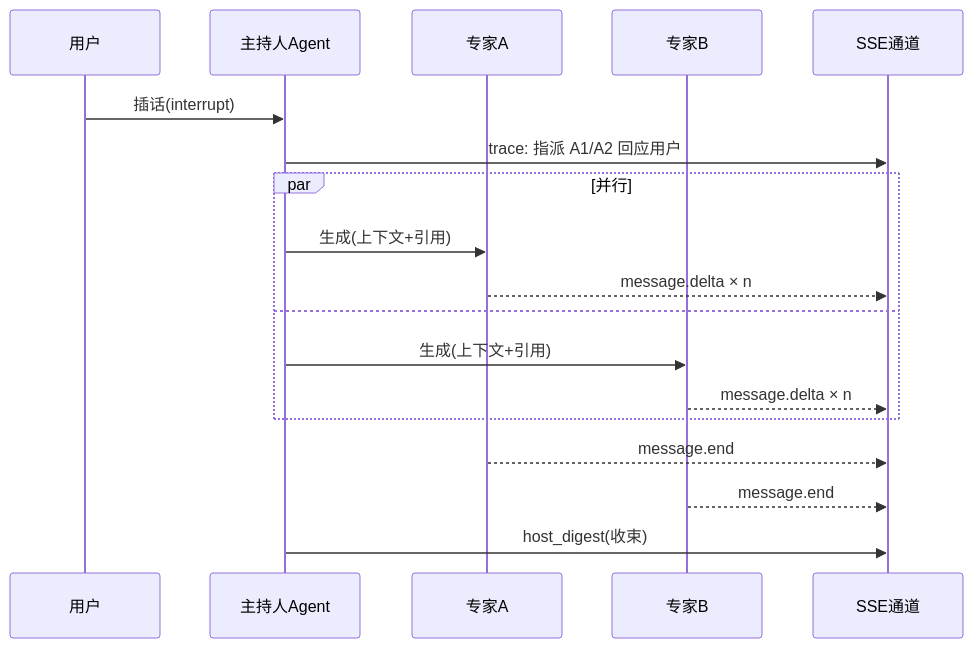
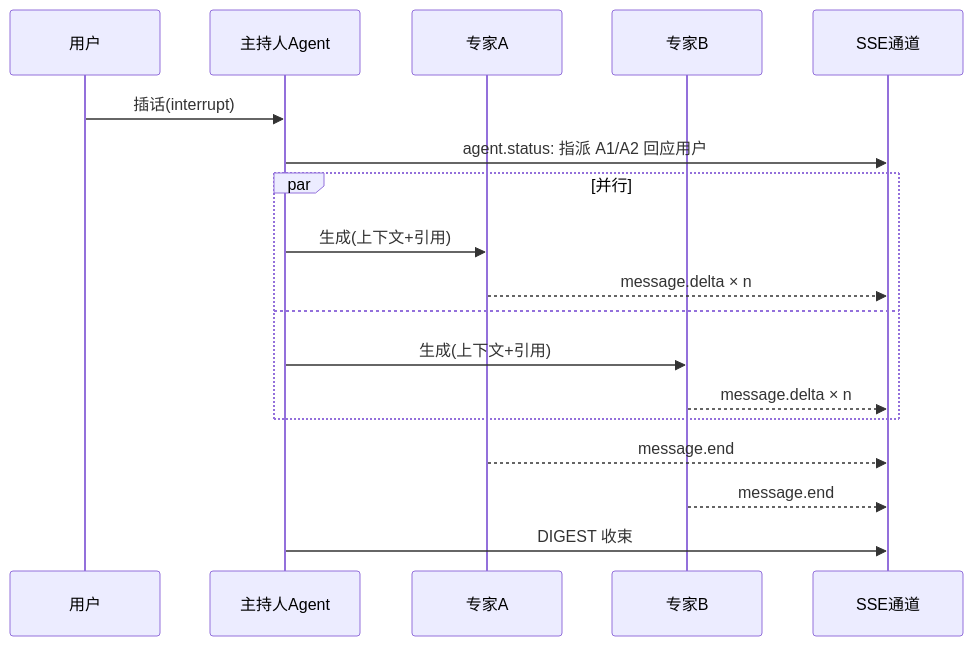
Before and after one commit to zueszyz/ai-panel-studio: the second of 2 diagrams in docs/PRD.md, drawn with Mermaid. The commit also changed other lines of this file and 4 other files, not shown here.

````diff
--- a/docs/PRD.md
+++ b/docs/PRD.md
@@ -344,20 +346,20 @@
 ```mermaid
 sequenceDiagram
     participant U as 用户
     participant H as 主持人Agent
     participant A1 as 专家A
     participant A2 as 专家B
     participant S as SSE通道
     U->>H: 插话(interrupt)
-    H->>S: trace: 指派 A1/A2 回应用户
+    H->>S: agent.status: 指派 A1/A2 回应用户
     par 并行
         H->>A1: 生成(上下文+引用)
         A1-->>S: message.delta × n
     and
         H->>A2: 生成(上下文+引用)
         A2-->>S: message.delta × n
     end
     A1-->>S: message.end
     A2-->>S: message.end
-    H->>S: host_digest(收束)
+    H->>S: DIGEST 收束
 ```
````
